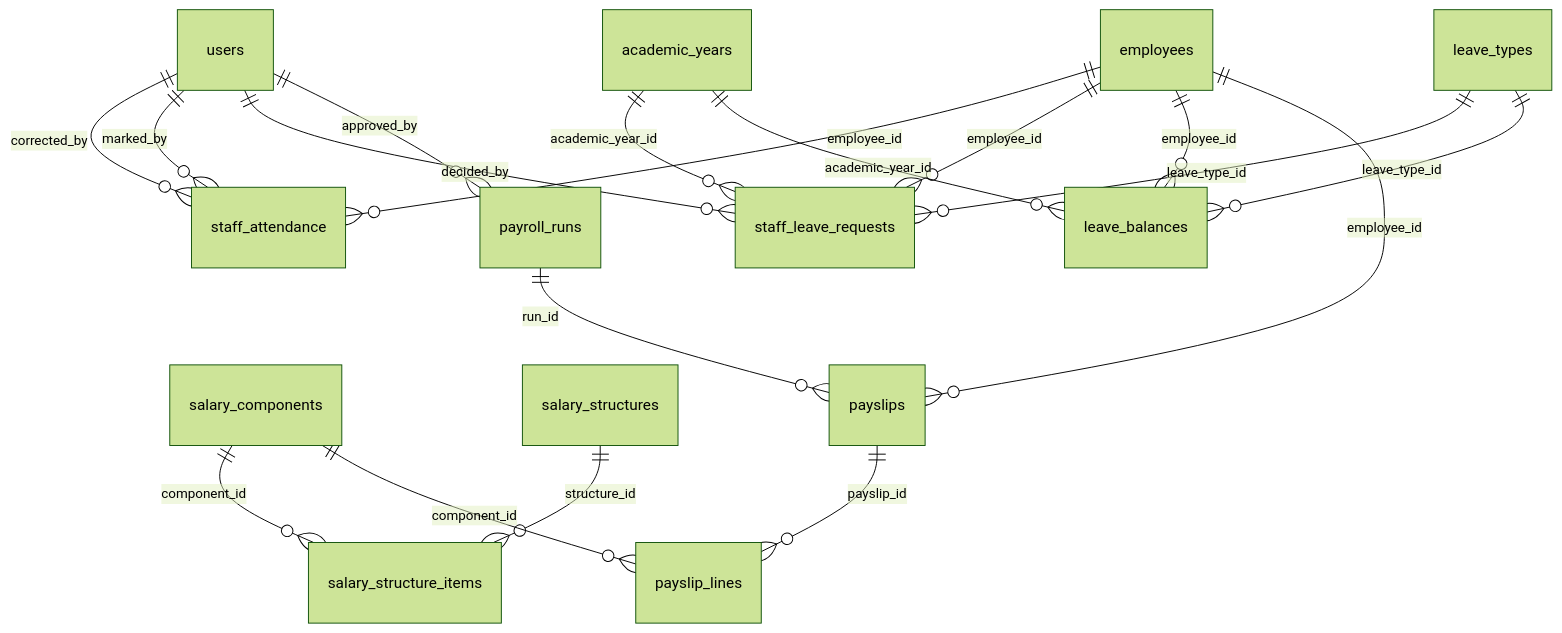
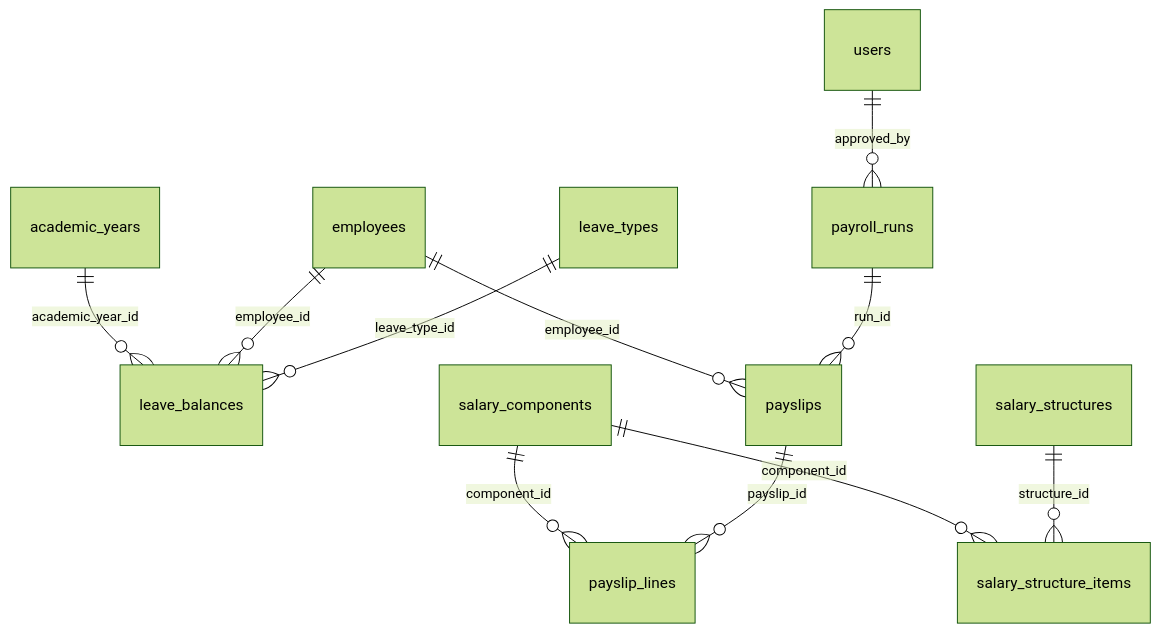
Diagram 19 of 21 in docs/DATABASE.md (shivansh2277/School-management-system), drawn with Mermaid (forest theme) before and after one commit. The commit also changed other lines of this file and 2308 other files, not shown here.

````diff
--- a/docs/DATABASE.md
+++ b/docs/DATABASE.md
@@ -1852,20 +2152,13 @@
 ```mermaid
 erDiagram
-    users ||--o{ staff_attendance : "corrected_by"
-    employees ||--o{ staff_attendance : "employee_id"
-    users ||--o{ staff_attendance : "marked_by"
-    academic_years ||--o{ staff_leave_requests : "academic_year_id"
-    users ||--o{ staff_leave_requests : "decided_by"
-    employees ||--o{ staff_leave_requests : "employee_id"
-    leave_types ||--o{ staff_leave_requests : "leave_type_id"
     academic_years ||--o{ leave_balances : "academic_year_id"
     employees ||--o{ leave_balances : "employee_id"
     leave_types ||--o{ leave_balances : "leave_type_id"
     salary_components ||--o{ salary_structure_items : "component_id"
     salary_structures ||--o{ salary_structure_items : "structure_id"
     users ||--o{ payroll_runs : "approved_by"
     employees ||--o{ payslips : "employee_id"
     payroll_runs ||--o{ payslips : "run_id"
     salary_components ||--o{ payslip_lines : "component_id"
     payslips ||--o{ payslip_lines : "payslip_id"
 ```
````
